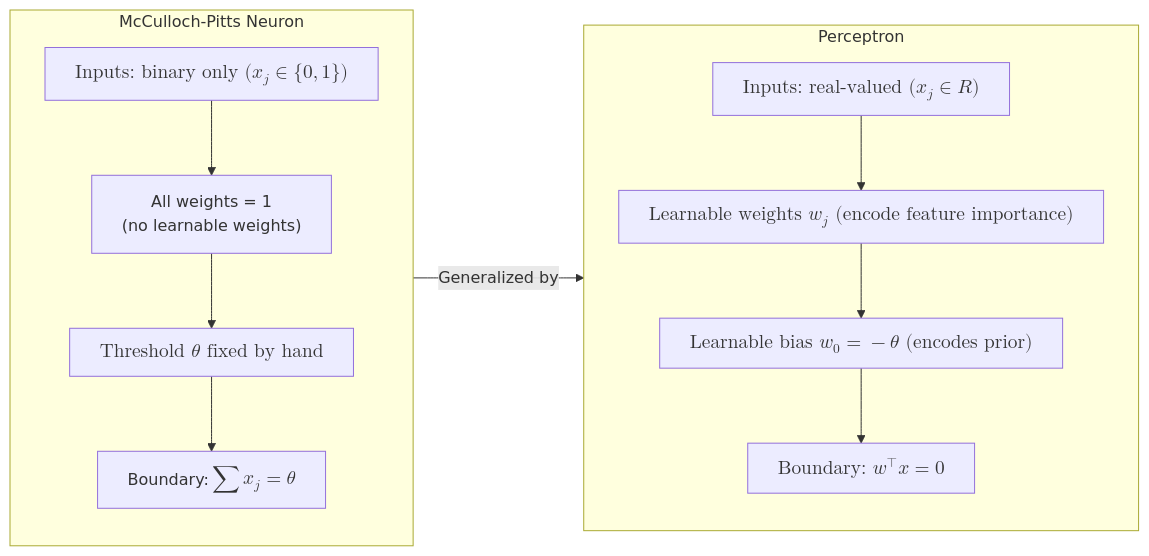
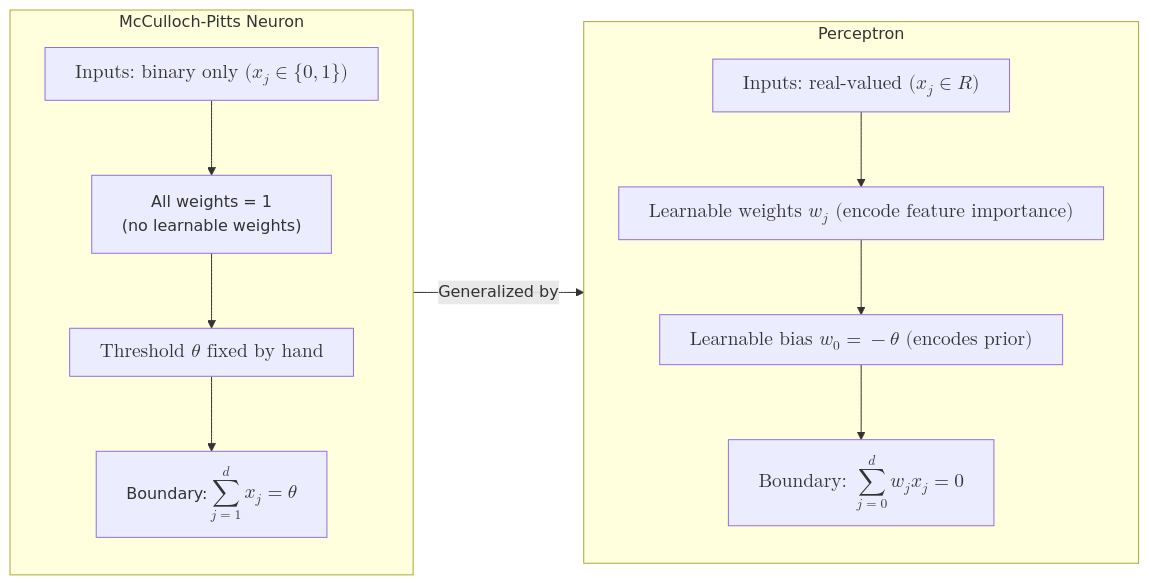
The second of 3 diagrams in blog/published/perceptron/index.qmd (SushrutGaikwad/SushrutGaikwad.github.io), drawn with Mermaid before and after one commit. The commit also changed other lines of this file and 2 other files, not shown here.

````diff
--- a/blog/published/perceptron/index.qmd
+++ b/blog/published/perceptron/index.qmd
@@ -294,21 +288,21 @@
 ```{mermaid}
 %%| fig-align: center
 flowchart LR
     subgraph MP ["McCulloch-Pitts Neuron"]
         direction TB
         MP1["$$\text{Inputs: binary only }(x_j \in \{0,1\})$$"]
         MP2["All weights = 1<br>(no learnable weights)"]
-        MP3["$$\text{Threshold }\\theta \text{ fixed by hand}$$"]
-        MP4["Boundary: $$\\sum x_j = \\theta$$"]
+        MP3["$$\text{Threshold }\theta \text{ fixed by hand}$$"]
+        MP4["Boundary: $$\sum_{j=1}^d x_j = \theta$$"]
         MP1 --> MP2 --> MP3 --> MP4
     end
     subgraph P ["Perceptron"]
         direction TB
-        P1["$$\text{Inputs: real-valued }(x_j \in \\mathbb{R})$$"]
+        P1["$$\text{Inputs: real-valued }(x_j \in \mathbb{R})$$"]
         P2["$$\text{Learnable weights }w_j\text{ (encode feature importance)}$$"]
-        P3["$$\text{Learnable bias }w_0 = -\\theta\text{ (encodes prior)}$$"]
-        P4["$$\text{Boundary: }\\mathbf{w}^{\\intercal}\\mathbf{x} = 0$$"]
+        P3["$$\text{Learnable bias }w_0 = -\theta\text{ (encodes prior)}$$"]
+        P4["$$\text{Boundary: }\sum_{j=0}^d w_j x_j = 0$$"]
         P1 --> P2 --> P3 --> P4
     end
     MP -->|"Generalized by"| P
 ```
````
